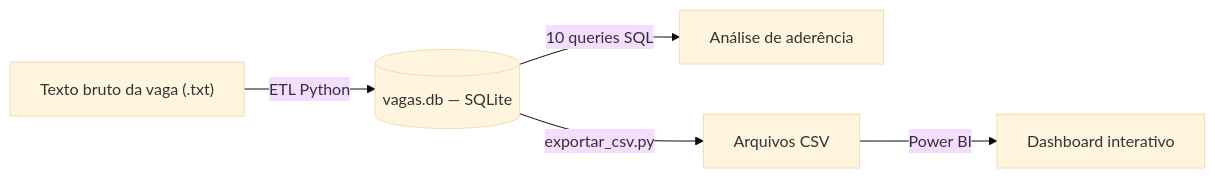
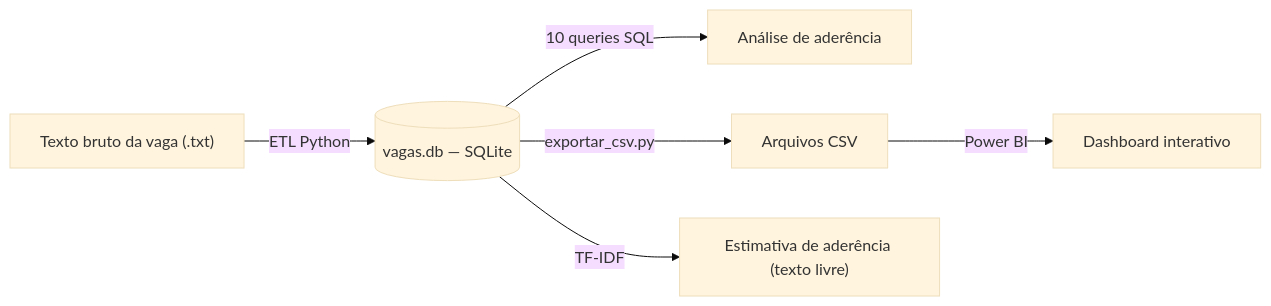
One commit to felipelima1991/portfolio-dados-felipe changed the diagram in README.md. Above: the diagram before and after it, drawn with Mermaid (base theme). The commit also changed other lines of this file, not shown here.

````diff
--- a/README.md
+++ b/README.md
@@ -22,7 +22,8 @@
 ```mermaid
 flowchart LR
     A["Texto bruto da vaga (.txt)"] -->|ETL Python| B[("vagas.db — SQLite")]
     B -->|10 queries SQL| C["Análise de aderência"]
     B -->|exportar_csv.py| D["Arquivos CSV"]
     D -->|Power BI| E["Dashboard interativo"]
+    B -->|TF-IDF| F["Estimativa de aderência (texto livre)"]
 ```
````
